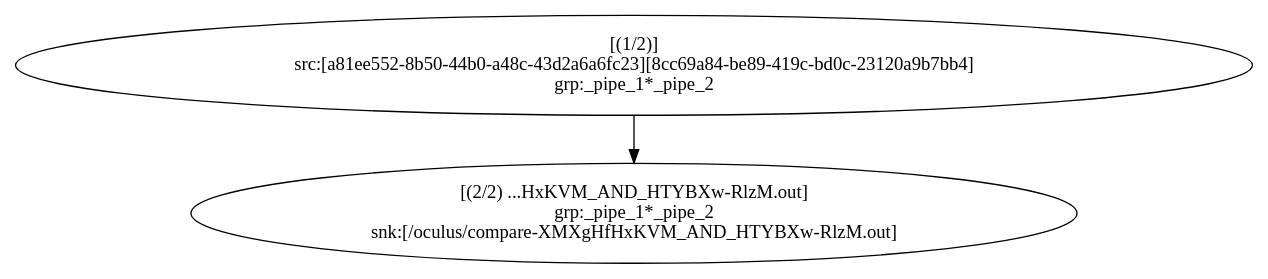
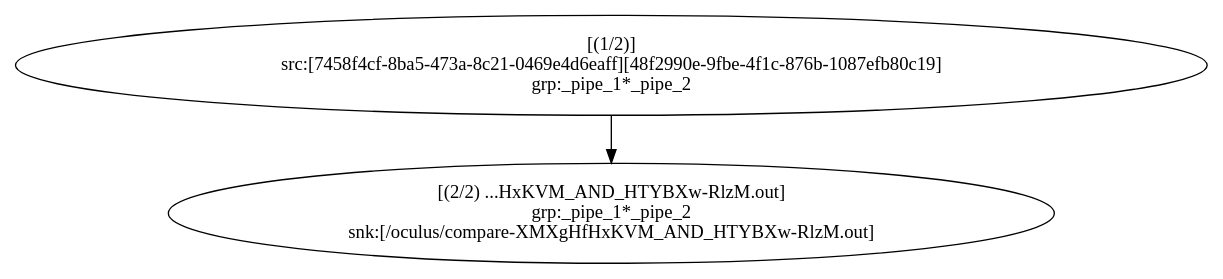
One commit to ktoso/oculus changed the diagram in CompareTwoMoviesJob-steps.dot. Above: the diagram before and after it, drawn with Graphviz. The commit also changed 8 other files, not shown here.

```diff
--- a/CompareTwoMoviesJob-steps.dot
+++ b/CompareTwoMoviesJob-steps.dot
@@ -1,5 +1,5 @@
 digraph G {
-  1 [label = "[(1/2)]\nsrc:[a81ee552-8b50-44b0-a48c-43d2a6a6fc23][8cc69a84-be89-419c-bd0c-23120a9b7bb4]\ngrp:_pipe_1*_pipe_2"];
+  1 [label = "[(1/2)]\nsrc:[7458f4cf-8ba5-473a-8c21-0469e4d6eaff][48f2990e-9fbe-4f1c-876b-1087efb80c19]\ngrp:_pipe_1*_pipe_2"];
   2 [label = "[(2/2) ...HxKVM_AND_HTYBXw-RlzM.out]\ngrp:_pipe_1*_pipe_2\nsnk:[/oculus/compare-XMXgHfHxKVM_AND_HTYBXw-RlzM.out]"];
   1 -> 2;
 }
```
